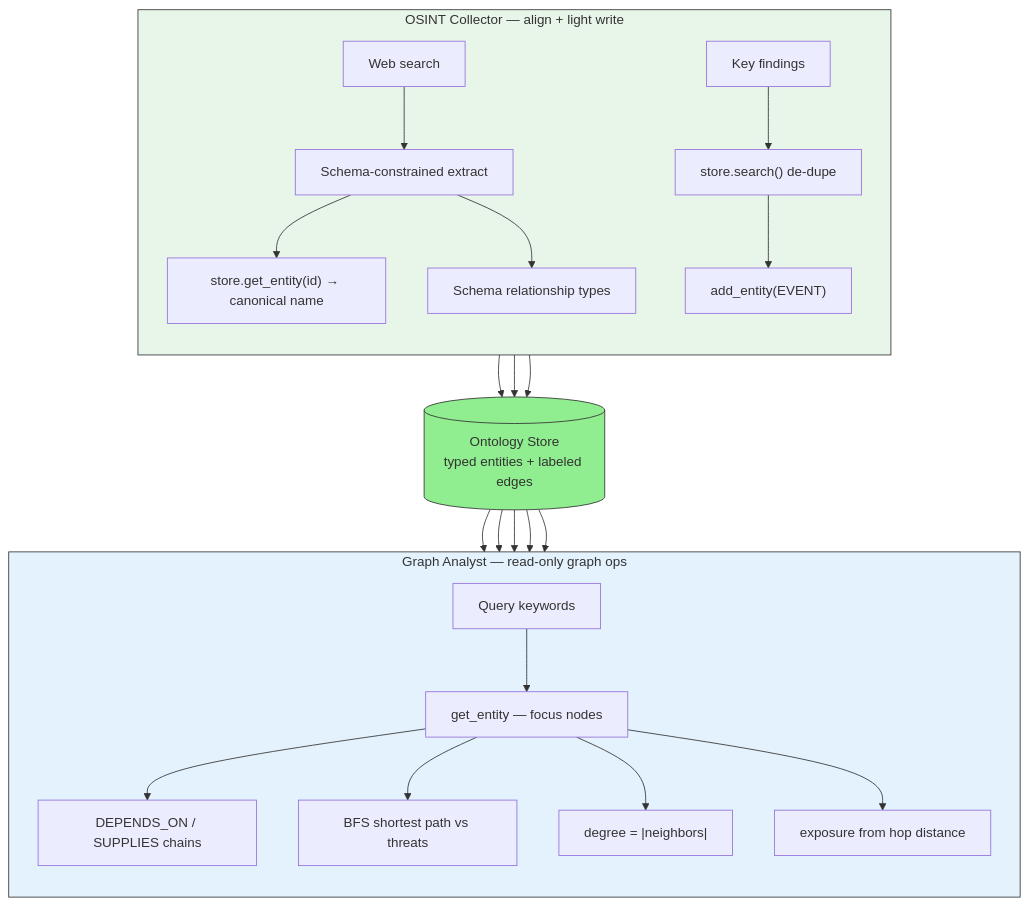
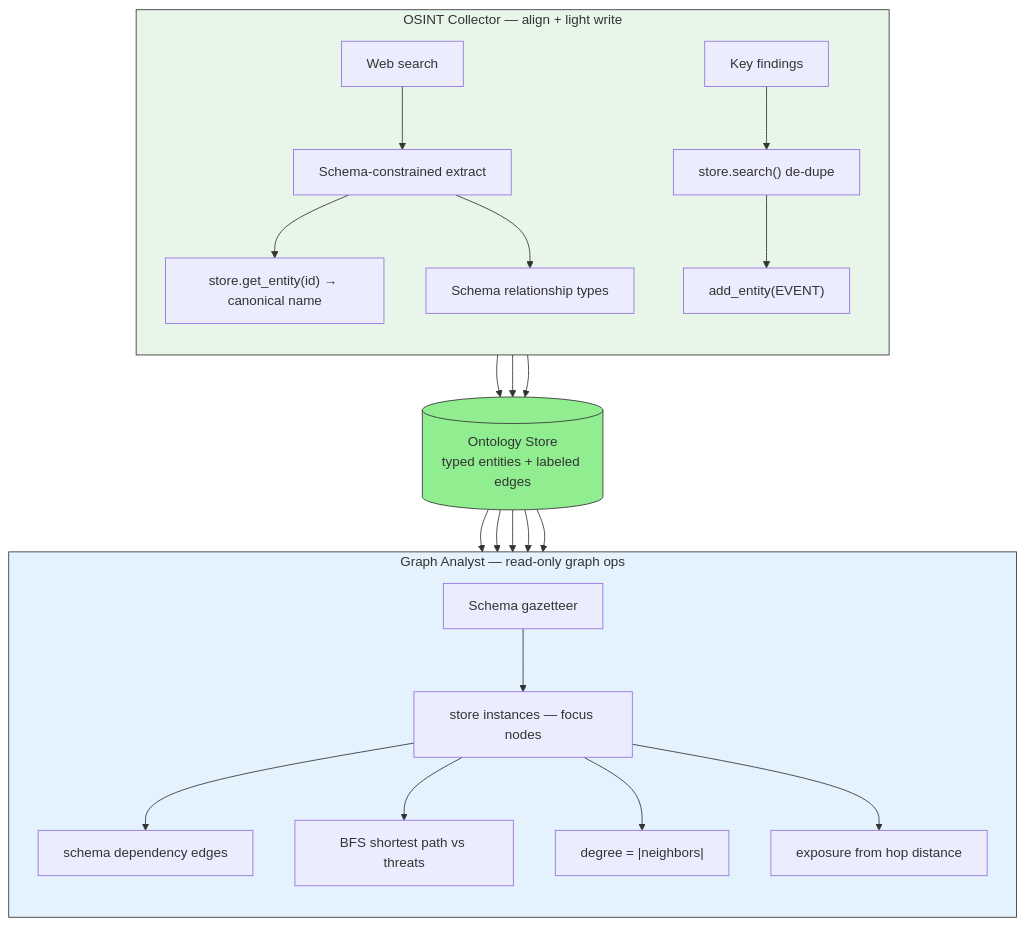
One commit to fanqingsong/palantir-ontology-agents changed the third of 14 diagrams in README.md. Above: the diagram before and after it, drawn with Mermaid. The commit also changed other lines of this file and 8 other files, not shown here.

Commit message:
Drive Graph Analyst traversal from the YAML ontology schema.

````diff
--- a/README.md
+++ b/README.md
@@ -97,34 +97,34 @@
 ```mermaid
 flowchart TB
   subgraph OSINT["OSINT Collector — align + light write"]
     direction TB
     W[Web search] --> X[Schema-constrained extract]
     X --> A["store.get_entity(id) → canonical name"]
     X --> R[Schema relationship types]
     F[Key findings] --> D["store.search() de-dupe"]
     D --> E["add_entity(EVENT)"]
   end
 
   subgraph GA["Graph Analyst — read-only graph ops"]
     direction TB
-    K[Query keywords] --> FO["get_entity — focus nodes"]
-    FO --> C["DEPENDS_ON / SUPPLIES chains"]
+    K[Schema gazetteer] --> FO["store instances — focus nodes"]
+    FO --> C["schema dependency edges"]
     FO --> P["BFS shortest path vs threats"]
     FO --> H["degree = |neighbors|"]
     FO --> S["exposure from hop distance"]
   end
 
   ONT[(Ontology Store<br/>typed entities + labeled edges)]
   A --> ONT
   E --> ONT
   R --> ONT
   ONT --> FO
   ONT --> C
   ONT --> P
   ONT --> H
   ONT --> S
 
   style OSINT fill:#e8f5e9,stroke:#333
   style GA fill:#e3f2fd,stroke:#333
   style ONT fill:#90EE90,stroke:#333
 ```
````
